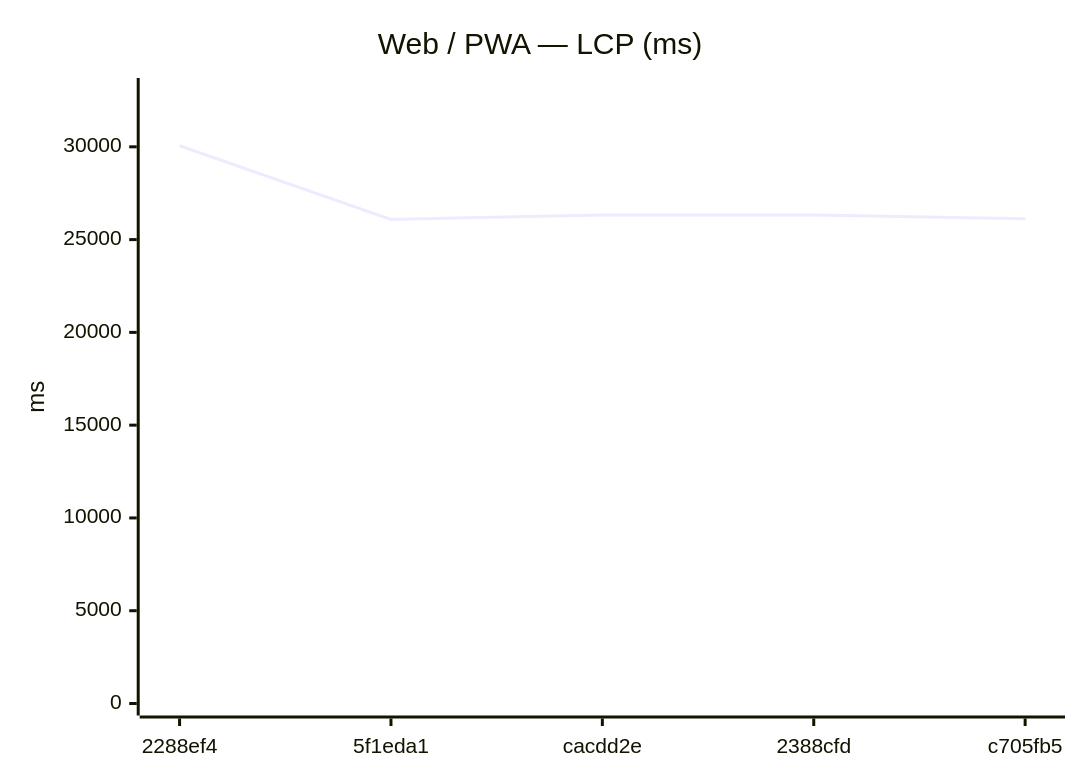
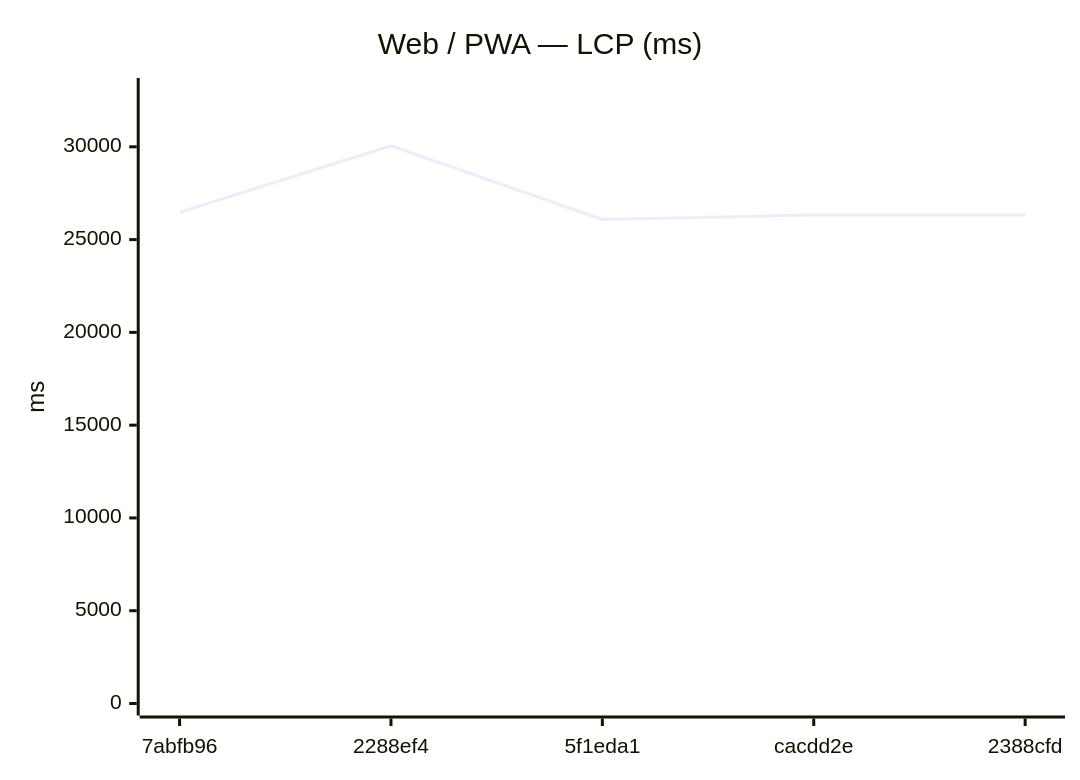
The fifth of 12 diagrams in benchmarks/compare.md (Metaheurist/Rianell), drawn with Mermaid before and after one commit. The commit also changed other lines of this file and 8 other files, not shown here.

````diff
--- a/benchmarks/compare.md
+++ b/benchmarks/compare.md
@@ -82,7 +82,7 @@
 ```mermaid
 xychart-beta
     title "Web / PWA — LCP (ms)"
-    x-axis ["2288ef4", "5f1eda1", "cacdd2e", "2388cfd", "c705fb5"]
+    x-axis ["7abfb96", "2288ef4", "5f1eda1", "cacdd2e", "2388cfd"]
     y-axis "ms" 0 --> 33062
-    line [30056, 26085, 26327, 26326, 26120]
+    line [26467, 30056, 26085, 26327, 26326]
 ```
````
